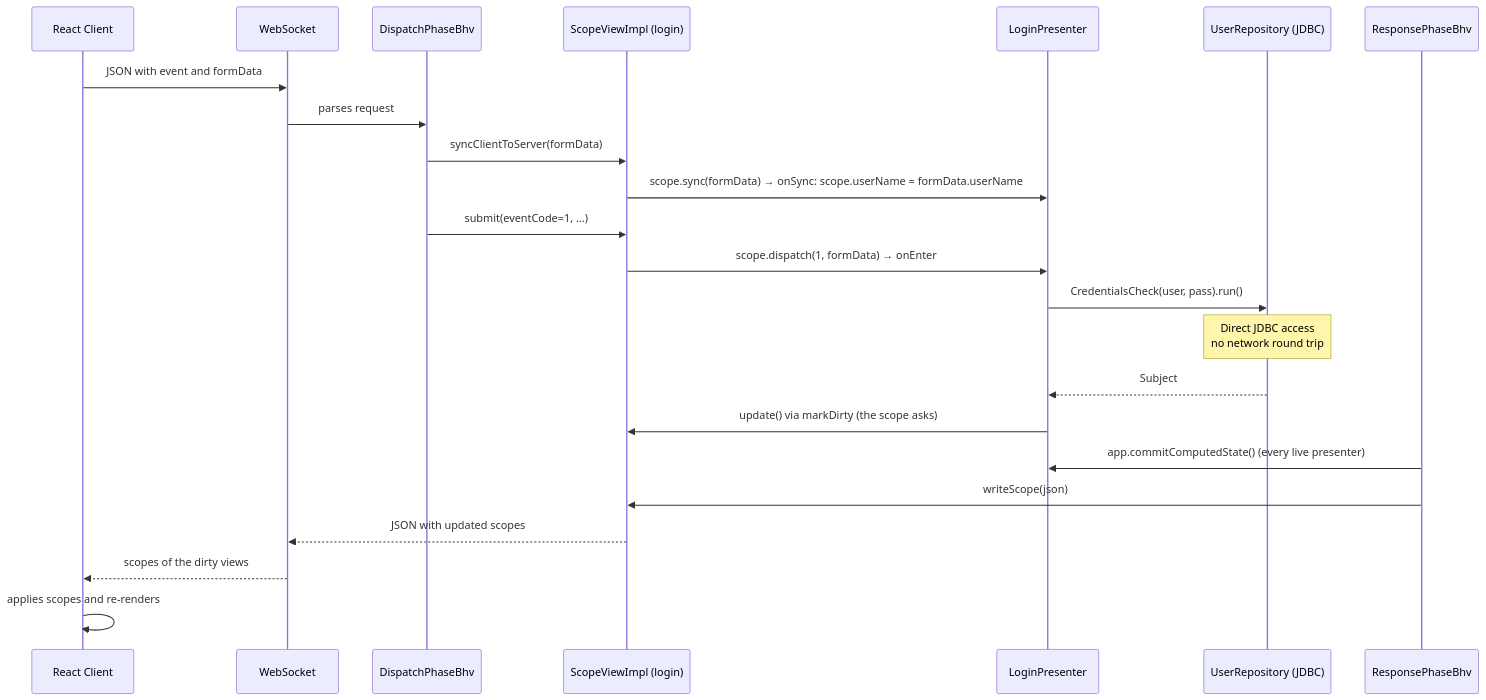
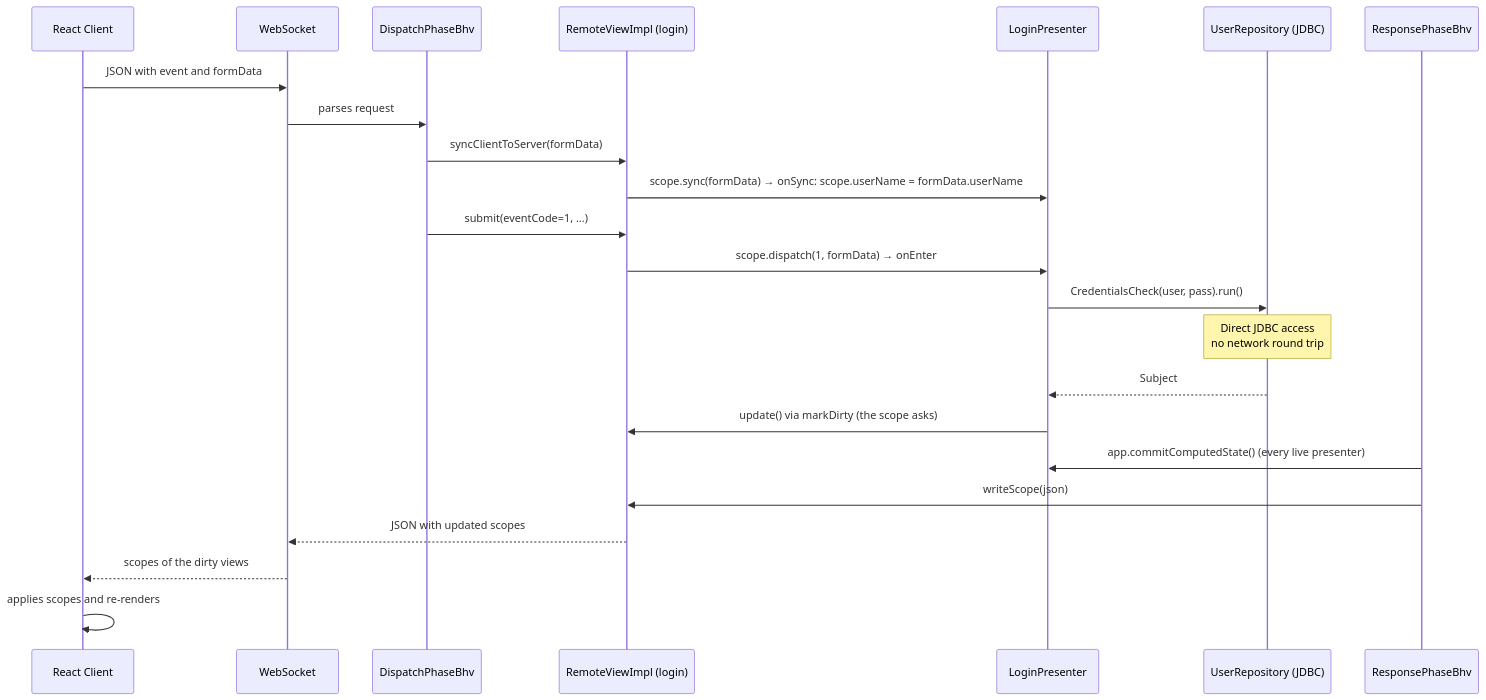
The fourth of 9 diagrams in docs/architecture-react.md (mrcdom/wdc-cube-kotlin), drawn with Mermaid before and after one commit. The commit also changed other lines of this file and 89 other files, not shown here.

````diff
--- a/docs/architecture-react.md
+++ b/docs/architecture-react.md
@@ -127,26 +135,26 @@
 ```mermaid
 sequenceDiagram
     participant Browser as React Client
     participant WS as WebSocket
     participant Dispatch as DispatchPhaseBhv
-    participant ViewImpl as ScopeViewImpl (login)
+    participant ViewImpl as RemoteViewImpl (login)
     participant Presenter as LoginPresenter
     participant Repo as UserRepository (JDBC)
     participant Response as ResponsePhaseBhv
 
     Browser->>WS: JSON with event and formData
     WS->>Dispatch: parses request
     Dispatch->>ViewImpl: syncClientToServer(formData)
     ViewImpl->>Presenter: scope.sync(formData) → onSync: scope.userName = formData.userName
     Dispatch->>ViewImpl: submit(eventCode=1, ...)
     ViewImpl->>Presenter: scope.dispatch(1, formData) → onEnter
     Presenter->>Repo: CredentialsCheck(user, pass).run()
     Note over Repo: Direct JDBC access<br/>no network round trip
     Repo-->>Presenter: Subject
     Presenter->>ViewImpl: update() via markDirty (the scope asks)
     Response->>Presenter: app.commitComputedState() (every live presenter)
     Response->>ViewImpl: writeScope(json)
     ViewImpl-->>WS: JSON with updated scopes
     WS-->>Browser: scopes of the dirty views
     Browser->>Browser: applies scopes and re-renders
 ```
````
